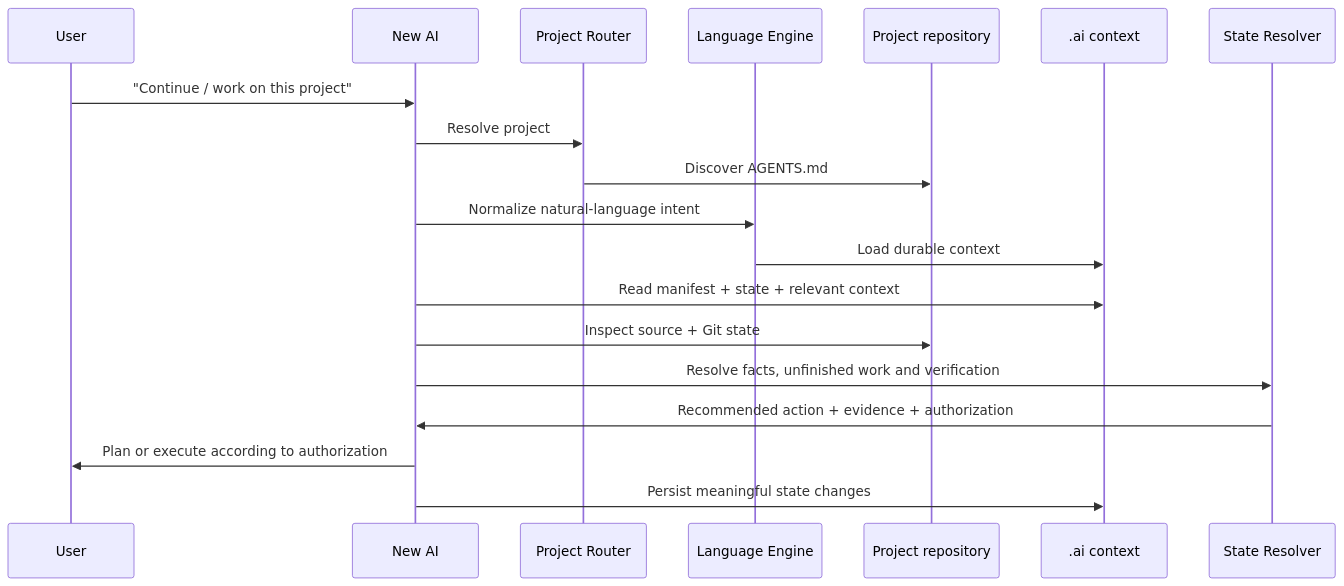
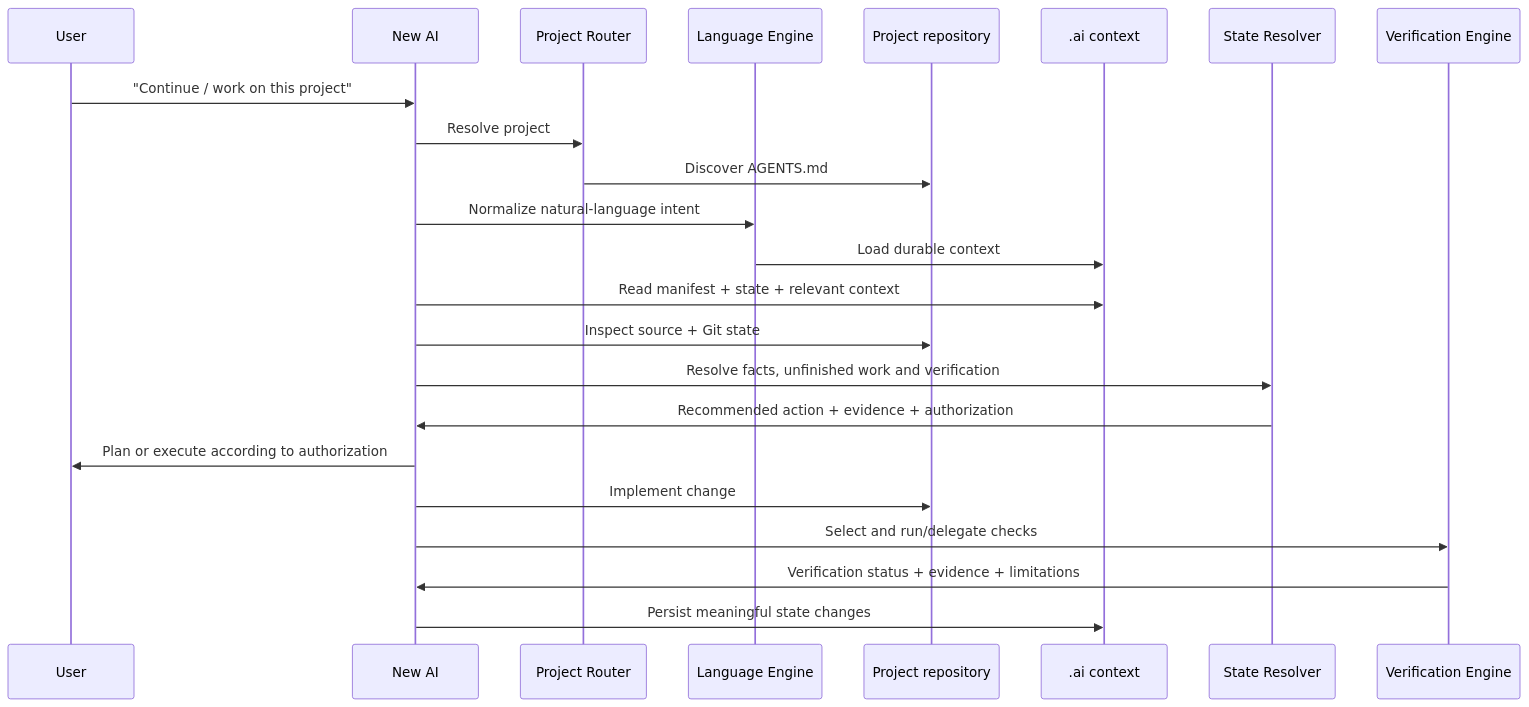
One commit to zzpsah/chatgpt-development-os changed the third of 3 diagrams in docs/ARCHITECTURE.md. Above: the diagram before and after it, drawn with Mermaid. The commit also changed other lines of this file, not shown here.

Commit message:
docs: integrate verification engine into architecture

````diff
--- a/docs/ARCHITECTURE.md
+++ b/docs/ARCHITECTURE.md
@@ -83,22 +95,26 @@
 ```mermaid
 sequenceDiagram
     participant U as User
     participant A as New AI
     participant R as Project Router
     participant E as Language Engine
     participant G as Project repository
     participant C as .ai context
     participant S as State Resolver
+    participant V as Verification Engine
 
     U->>A: "Continue / work on this project"
     A->>R: Resolve project
     R->>G: Discover AGENTS.md
     A->>E: Normalize natural-language intent
     E->>C: Load durable context
     A->>C: Read manifest + state + relevant context
     A->>G: Inspect source + Git state
     A->>S: Resolve facts, unfinished work and verification
     S->>A: Recommended action + evidence + authorization
     A->>U: Plan or execute according to authorization
+    A->>G: Implement change
+    A->>V: Select and run/delegate checks
+    V->>A: Verification status + evidence + limitations
     A->>C: Persist meaningful state changes
 ```
````
